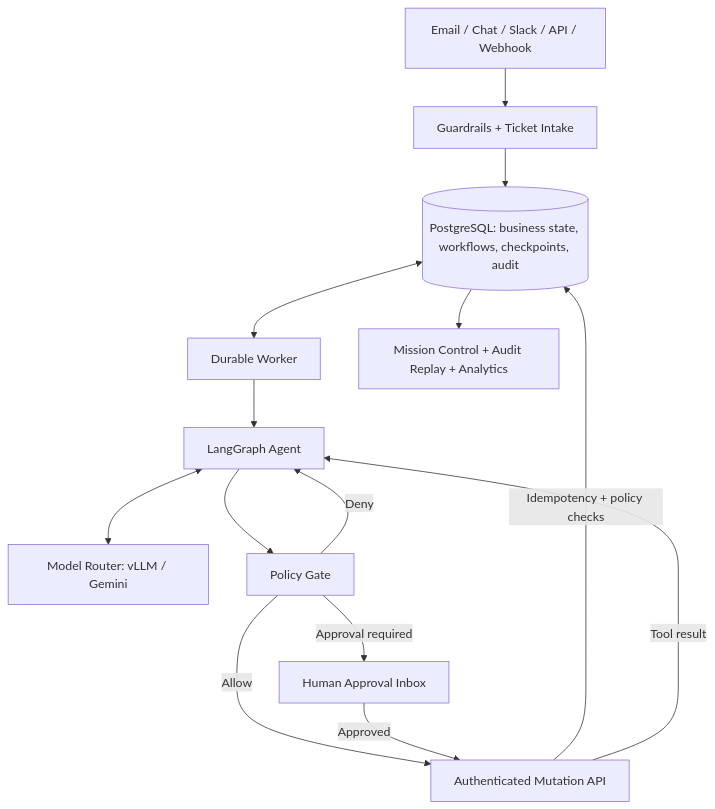
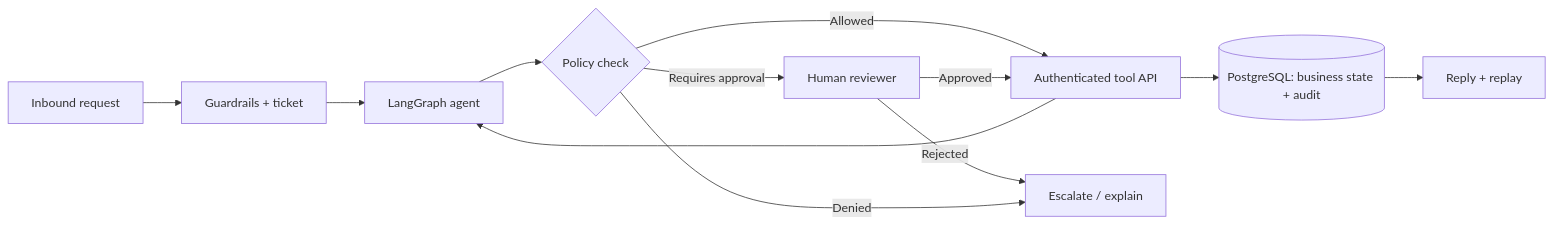
The first of 2 diagrams in README.md (Delimiter-Ashish/resolveOS), drawn with Mermaid before and after one commit. The commit also changed other lines of this file and 4 other files, not shown here.

````diff
--- a/README.md
+++ b/README.md
@@ -86,16 +45,14 @@
 ```mermaid
-flowchart TD
-  I[Email / Chat / Slack / API / Webhook] --> G[Guardrails + Ticket Intake]
-  G --> DB[(PostgreSQL: business state, workflows, checkpoints, audit)]
-  DB <--> W[Durable Worker]
-  W --> A[LangGraph Agent]
-  A <--> L[Model Router: vLLM / Gemini]
-  A --> P[Policy Gate]
-  P -->|Allow| M[Authenticated Mutation API]
-  P -->|Approval required| H[Human Approval Inbox]
-  H -->|Approved| M
-  P -->|Deny| A
-  M -->|Idempotency + policy checks| DB
-  M -->|Tool result| A
-  DB --> UI[Mission Control + Audit Replay + Analytics]
+flowchart LR
+    A[Inbound request] --> B[Guardrails + ticket]
+    B --> C[LangGraph agent]
+    C --> D{Policy check}
+    D -->|Allowed| F[Authenticated tool API]
+    D -->|Requires approval| E[Human reviewer]
+    E -->|Approved| F
+    E -->|Rejected| G[Escalate / explain]
+    D -->|Denied| G
+    F --> H[(PostgreSQL: business state + audit)]
+    H --> I[Reply + replay]
+    F --> C
 ```
````
